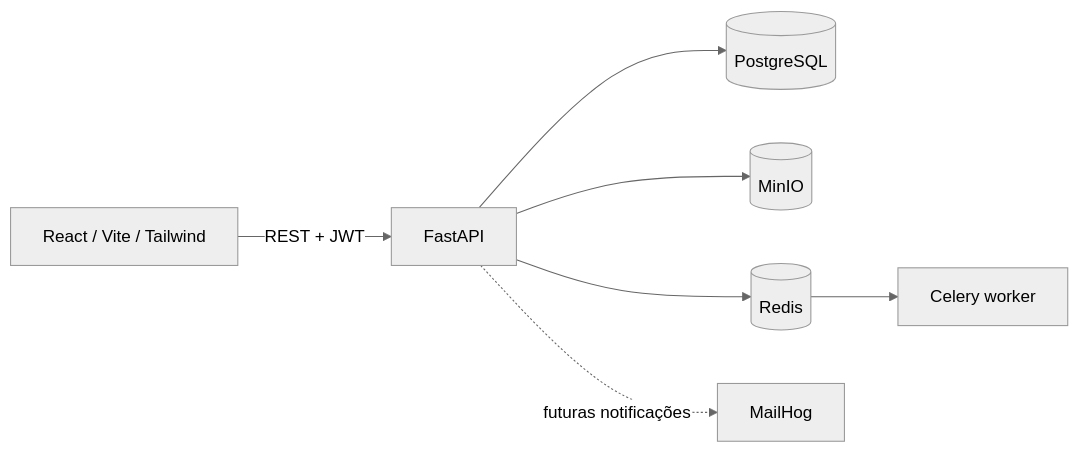
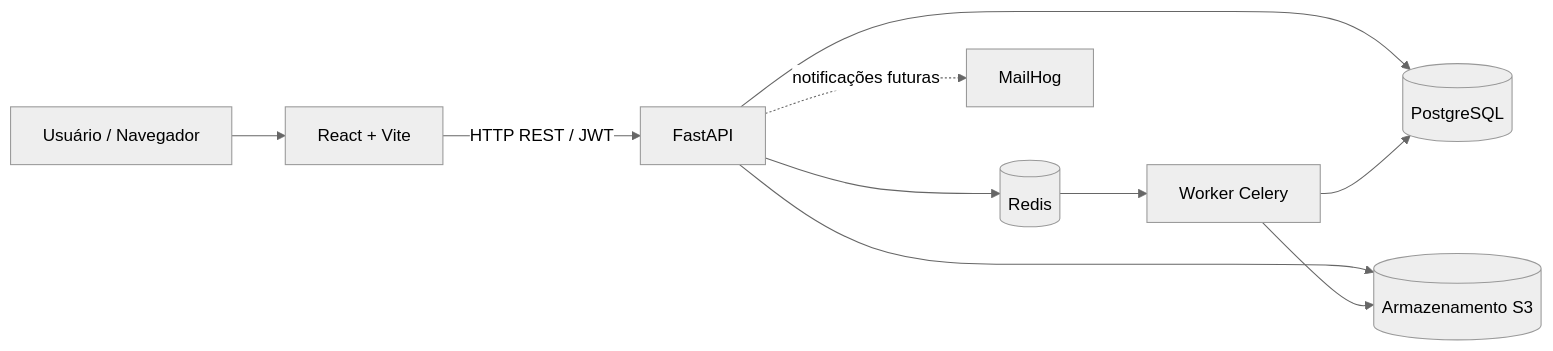
Before and after one commit to ConciliaAI/ConciliaAI: the diagram in README.md, drawn with Mermaid (neutral theme). The commit also changed other lines of this file, not shown here.

````diff
--- a/README.md
+++ b/README.md
@@ -25,9 +68,12 @@
 ```mermaid
 flowchart LR
-    UI[React / Vite / Tailwind] -->|REST + JWT| API[FastAPI]
-    API --> DB[(PostgreSQL)]
-    API --> OBJ[(MinIO)]
+    U[Usuário / Navegador] --> FE[React + Vite]
+    FE -->|HTTP REST / JWT| API[FastAPI]
+    API --> PG[(PostgreSQL)]
+    API --> S3[(Armazenamento S3)]
     API --> REDIS[(Redis)]
-    REDIS --> WORKER[Celery worker]
-    API -. futuras notificações .-> MAIL[MailHog]
+    REDIS --> CELERY[Worker Celery]
+    CELERY --> S3
+    CELERY --> PG
+    API -. notificações futuras .-> MAIL[MailHog]
 ```
````
